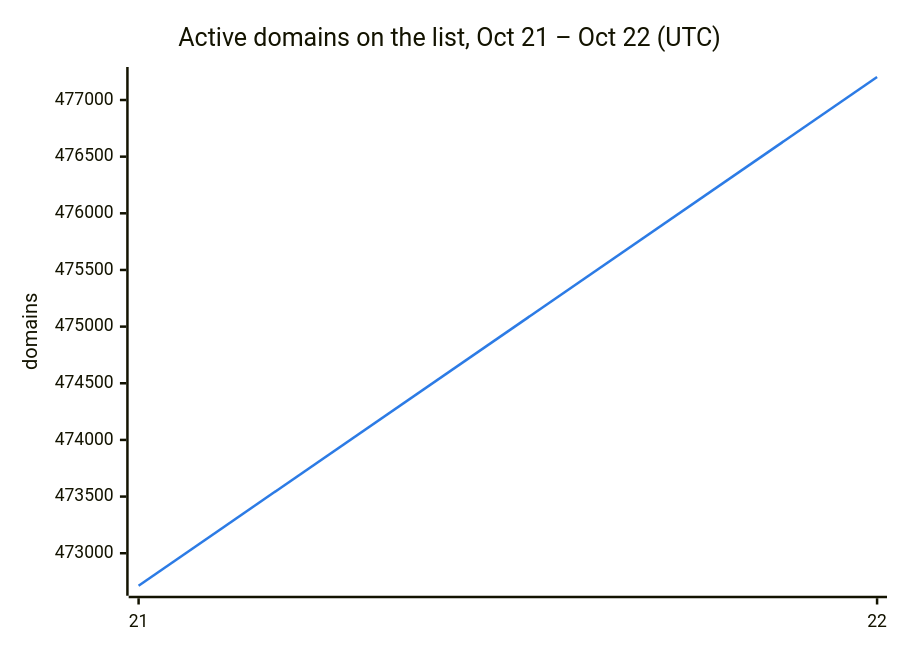
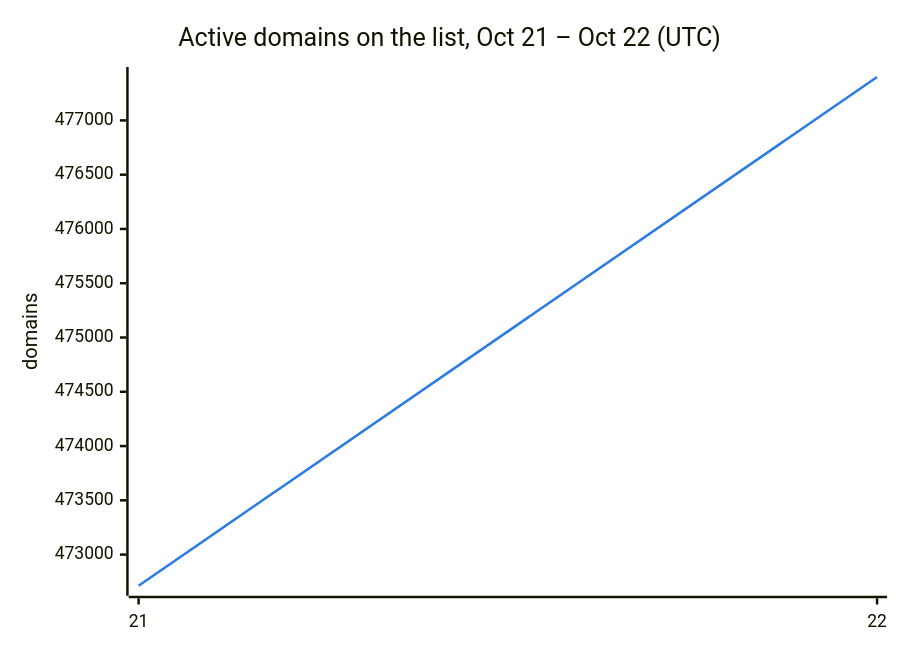
Before and after one commit to DNSBunker/CTI: the second of 3 diagrams in README.md, drawn with Mermaid. The commit also changed other lines of this file and 3 other files, not shown here.

````diff
--- a/README.md
+++ b/README.md
@@ -38,8 +38,8 @@
 ```mermaid
 %%{init: {"themeVariables": {"xyChart": {"plotColorPalette": "#2c7be5"}}}}%%
 xychart-beta
     title "Active domains on the list, Oct 21 – Oct 22 (UTC)"
     x-axis ["21", "22"]
     y-axis "domains"
-    line [472713, 477203]
+    line [472713, 477400]
 ```
````
